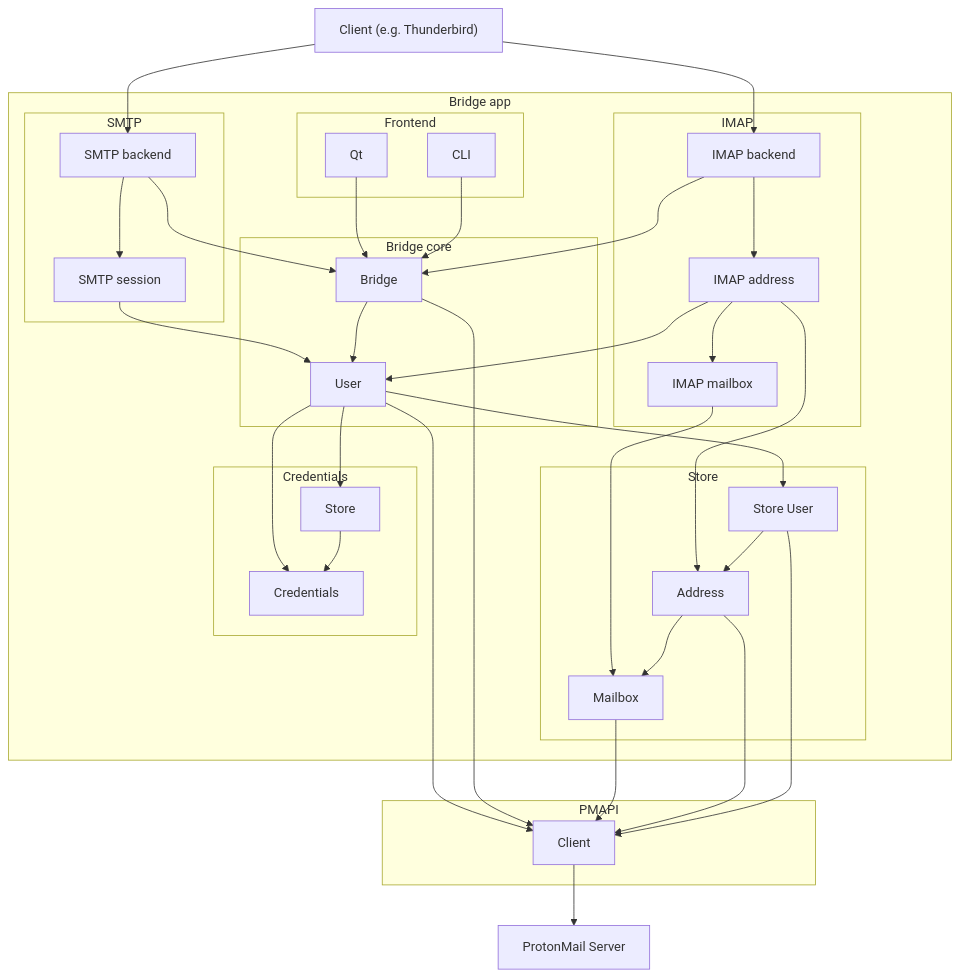
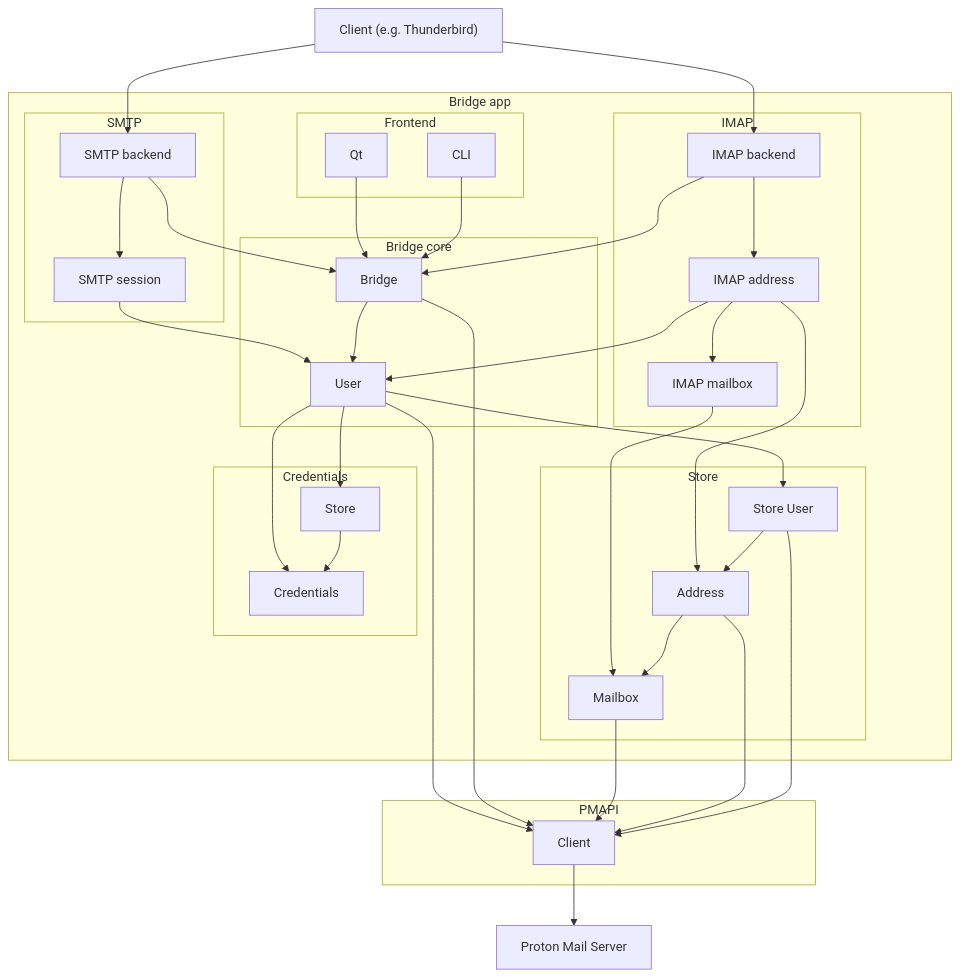
Before and after one commit to ProtonMail/proton-bridge: the second of 2 diagrams in doc/bridge.md, drawn with Mermaid. The commit also changed 541 other files, not shown here.

````diff
--- a/doc/bridge.md
+++ b/doc/bridge.md
@@ -50,82 +50,82 @@
 ```mermaid
 graph TD
 
     C["Client (e.g. Thunderbird)"]
-    PM[ProtonMail Server]
+    PM[Proton Mail Server]
 
     subgraph "Bridge app"
         subgraph "Bridge core"
             B[Bridge]
             U[User]
 
             B --> U
         end
 
         subgraph Store
             StoreU[Store User]
             StoreA[Address]
             StoreM[Mailbox]
 
             StoreU --> StoreA
             StoreA --> StoreM
         end
 
         subgraph Credentials
             CredStore[Store]
             Creds[Credentials]
 
             CredStore --> Creds
         end
 
         subgraph Frontend
             CLI
             Qt
         end
 
         subgraph IMAP
             IB[IMAP backend]
             IA[IMAP address]
             IM[IMAP mailbox]
 
             IB --> B
             IB --> IA
             IA --> IM
             IA --> U
             IA --> StoreA
             IM --> StoreM
         end
 
         subgraph SMTP
             SB[SMTP backend]
             SS[SMTP session]
 
             SB --> B
             SB --> SS
             SS --> U
         end
     end
 
     subgraph PMAPI
         AC[Client]
     end
 
     C --> IB
     C --> SB
 
     CLI --> B
     Qt --> B
 
     U --> CredStore
     U --> Creds
 
     U --> StoreU
 
     StoreU --> AC
     StoreA --> AC
     StoreM --> AC
 
     B --> AC
     U --> AC
 
     AC --> PM
 ```
````
